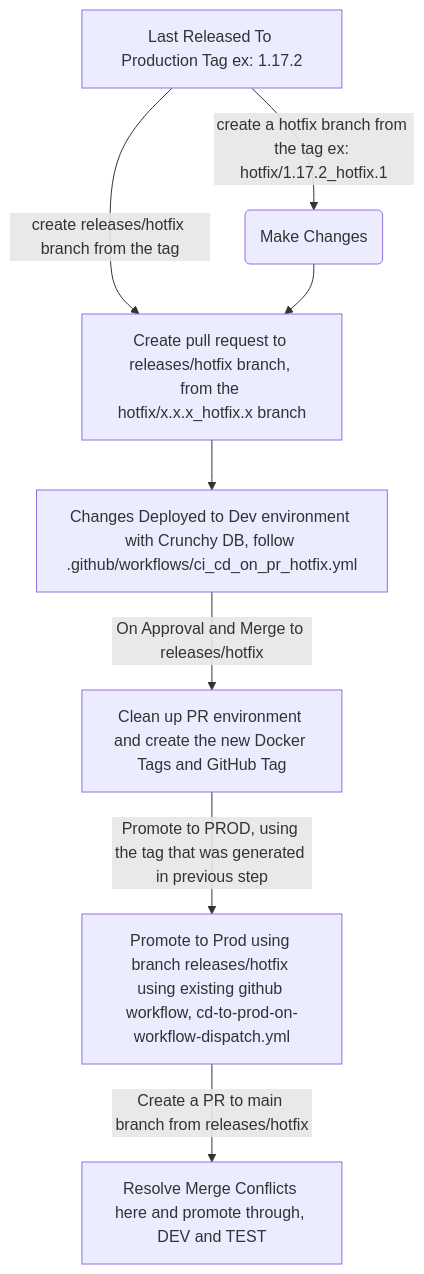
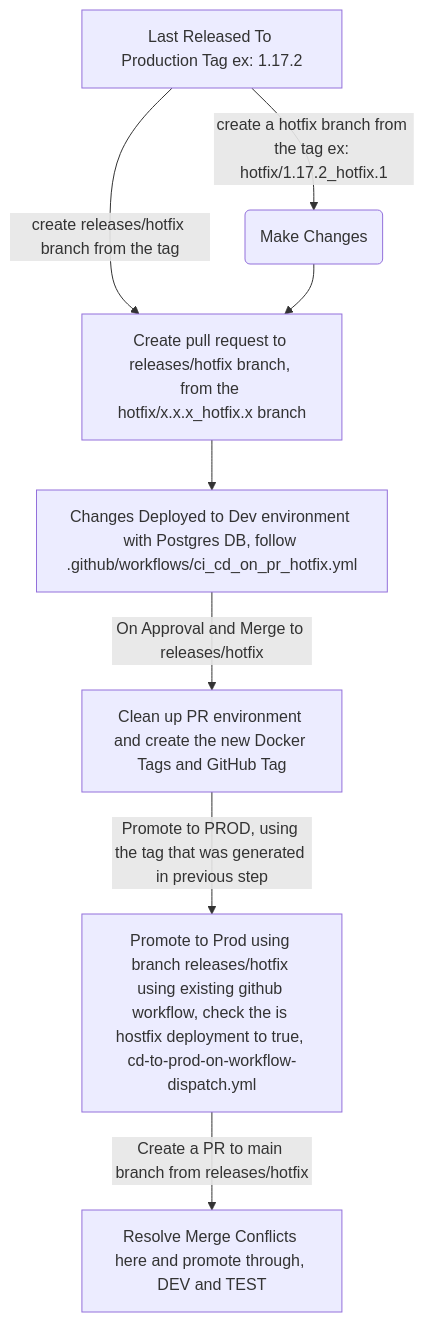
The diagram in README.md (bcgov/fin-pay-transparency), drawn with Mermaid before and after one commit. The commit also changed 1 other file, not shown here.

Commit message:
feat: Updates documentation for GEO-1090

````diff
--- a/README.md
+++ b/README.md
@@ -136,11 +136,11 @@
 ```mermaid
 flowchart 
     A[Last Released To Production Tag ex: 1.17.2] -->|create a hotfix branch from the tag ex: hotfix/1.17.2_hotfix.1| B(Make Changes)
     A[Last Released To Production Tag ex: 1.17.2] -->|create releases/hotfix branch from the tag | C( Branch to Which pull request will be raised)
     B --> C[Create pull request to releases/hotfix branch, from the hotfix/x.x.x_hotfix.x branch]
-    C --> D[Changes Deployed to Dev environment with Crunchy DB, follow .github/workflows/ci_cd_on_pr_hotfix.yml]
+    C --> D[Changes Deployed to Dev environment with Postgres DB, follow .github/workflows/ci_cd_on_pr_hotfix.yml]
     D -->|On Approval and Merge to releases/hotfix| E[Clean up PR environment and create the new Docker Tags and GitHub Tag]
-    E -->|Promote to PROD, using the tag that was generated in previous step | F[Promote to Prod using branch releases/hotfix using existing github workflow, cd-to-prod-on-workflow-dispatch.yml]
+    E -->|Promote to PROD, using the tag that was generated in previous step | F[Promote to Prod using branch releases/hotfix using existing github workflow, check the is hostfix deployment to true, cd-to-prod-on-workflow-dispatch.yml]
     F -->|Create a PR to main branch from releases/hotfix| G[Resolve Merge Conflicts here and promote through, DEV and TEST]
 
 ```
````
